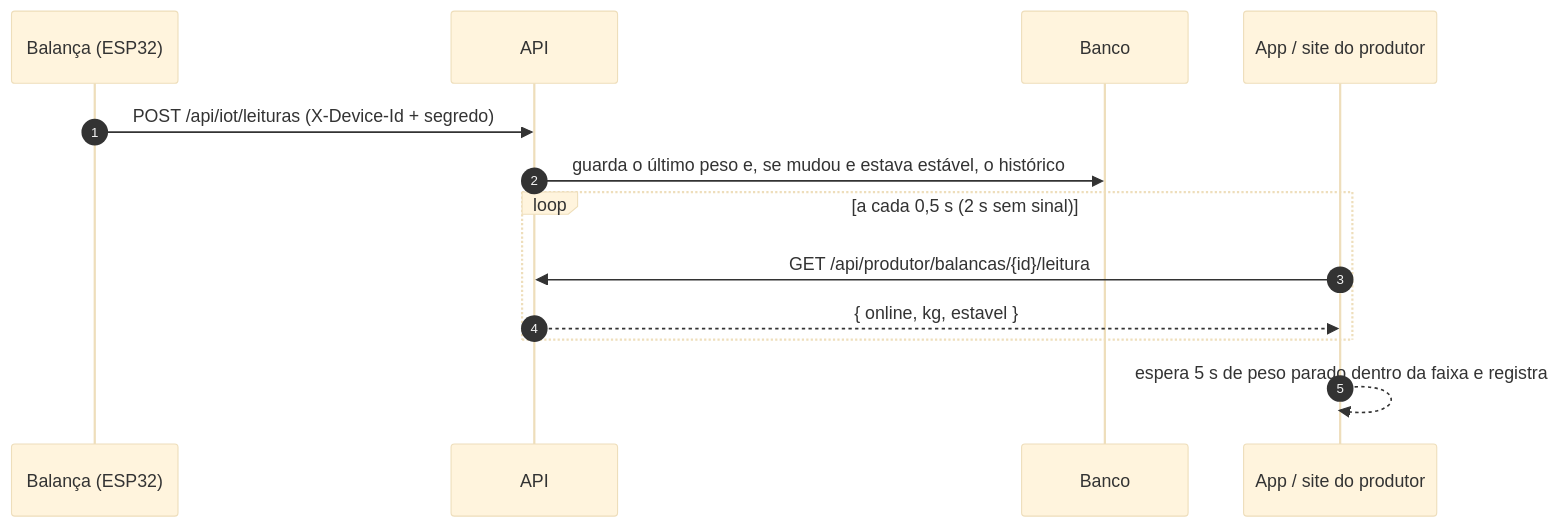
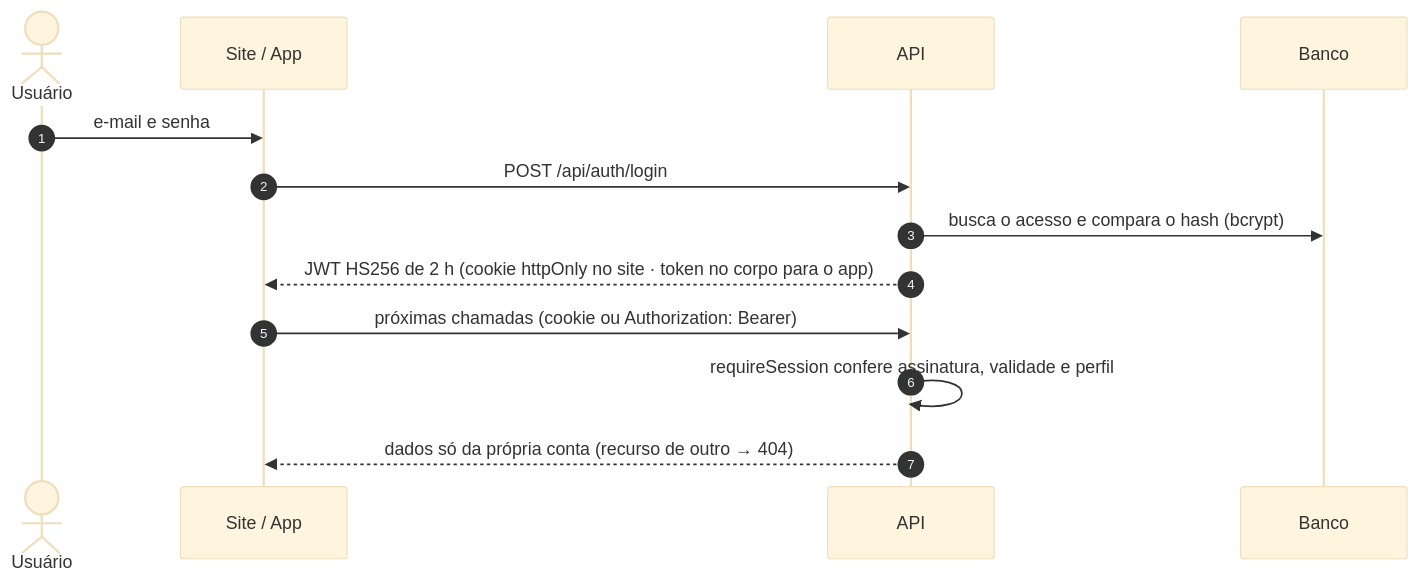
One commit to Felipe3388/Raiz_conecta changed the third of 3 diagrams in README.md. Above: the diagram before and after it, drawn with Mermaid (base theme). The commit also changed other lines of this file and 86 other files, not shown here.

````diff
--- a/README.md
+++ b/README.md
@@ -269,15 +456,15 @@
 ```mermaid
 sequenceDiagram
     autonumber
-    participant B as Balança (ESP32)
+    actor U as Usuário
+    participant S as Site / App
     participant A as API
     participant D as Banco
-    participant P as App / site do produtor
-    B->>A: POST /api/iot/leituras (X-Device-Id + segredo)
-    A->>D: guarda o último peso e, se mudou e estava estável, o histórico
-    loop a cada 0,5 s (2 s sem sinal)
-        P->>A: GET /api/produtor/balancas/{id}/leitura
-        A-->>P: { online, kg, estavel }
-    end
-    P-->>P: espera 5 s de peso parado dentro da faixa e registra
+    U->>S: e-mail e senha
+    S->>A: POST /api/auth/login
+    A->>D: busca o acesso e compara o hash (bcrypt)
+    A-->>S: JWT HS256 de 2 h (cookie httpOnly no site · token no corpo para o app)
+    S->>A: próximas chamadas (cookie ou Authorization: Bearer)
+    A->>A: requireSession confere assinatura, validade e perfil
+    A-->>S: dados só da própria conta (recurso de outro → 404)
 ```
````
